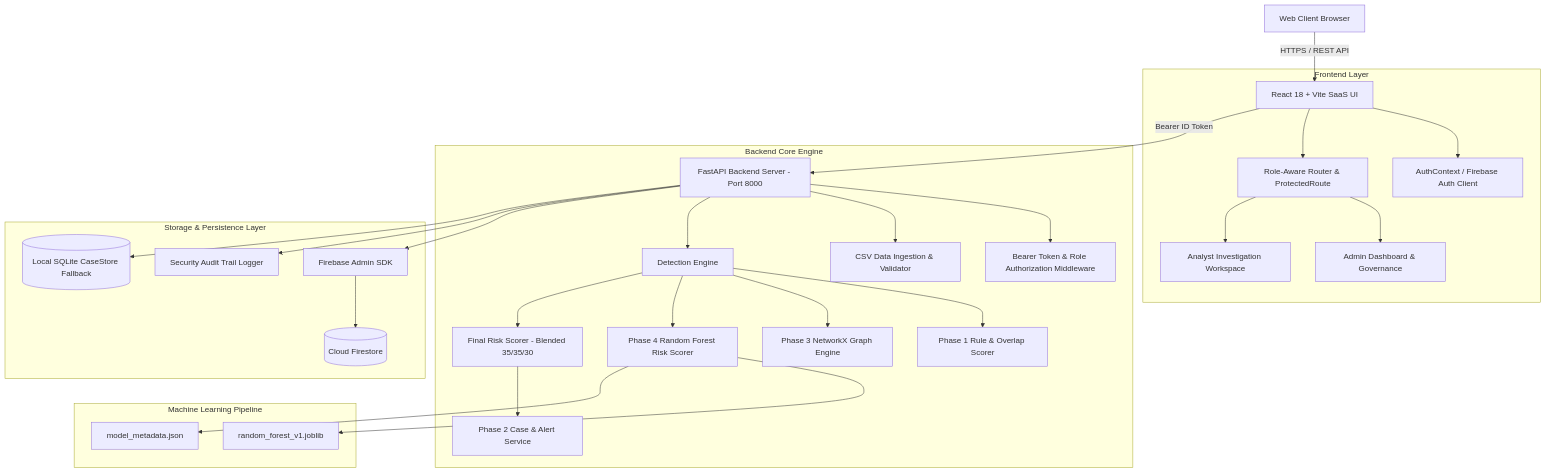
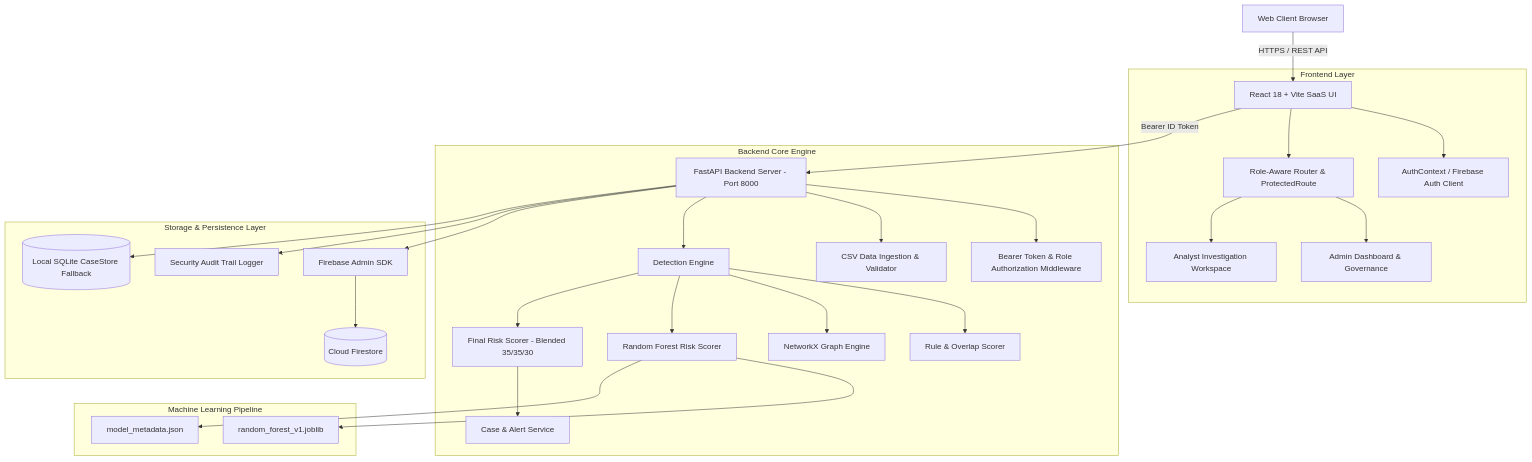
Before and after one commit to pranaykhodade1922-dot/RazorGuard-AI-Merchant-Customer-Collusion-Detector: the diagram in README.md, drawn with Mermaid. The commit also changed other lines of this file and 11 other files, not shown here.

````diff
--- a/README.md
+++ b/README.md
@@ -197,38 +188,38 @@
 ```mermaid
 graph TD
     User[Web Client Browser] -->|HTTPS / REST API| Frontend[React 18 + Vite SaaS UI]
     
     subgraph Frontend Layer
         Frontend --> AuthCtx[AuthContext / Firebase Auth Client]
         Frontend --> Router[Role-Aware Router & ProtectedRoute]
         Router --> AdminView[Admin Dashboard & Governance]
         Router --> AnalystView[Analyst Investigation Workspace]
     end
     
     Frontend -->|Bearer ID Token| API[FastAPI Backend Server - Port 8000]
     
     subgraph Backend Core Engine
         API --> AuthMw[Bearer Token & Role Authorization Middleware]
         API --> Ingest[CSV Data Ingestion & Validator]
         API --> DetEngine[Detection Engine]
         
-        DetEngine --> RuleScorer[Phase 1 Rule & Overlap Scorer]
-        DetEngine --> NetworkEngine[Phase 3 NetworkX Graph Engine]
-        DetEngine --> MLScorer[Phase 4 Random Forest Risk Scorer]
+        DetEngine --> RuleScorer[Rule & Overlap Scorer]
+        DetEngine --> NetworkEngine[NetworkX Graph Engine]
+        DetEngine --> MLScorer[Random Forest Risk Scorer]
         
         DetEngine --> BlendedScorer[Final Risk Scorer - Blended 35/35/30]
-        BlendedScorer --> CaseService[Phase 2 Case & Alert Service]
+        BlendedScorer --> CaseService[Case & Alert Service]
     end
     
     subgraph Storage & Persistence Layer
         API --> FirebaseSDK[Firebase Admin SDK]
         FirebaseSDK --> Firestore[(Cloud Firestore)]
         API --> AuditLog[Security Audit Trail Logger]
         API --> FallbackStore[(Local SQLite CaseStore Fallback)]
     end
     
     subgraph Machine Learning Pipeline
         MLScorer --> RFModel[random_forest_v1.joblib]
         MLScorer --> ModelMeta[model_metadata.json]
     end
 ```
````
